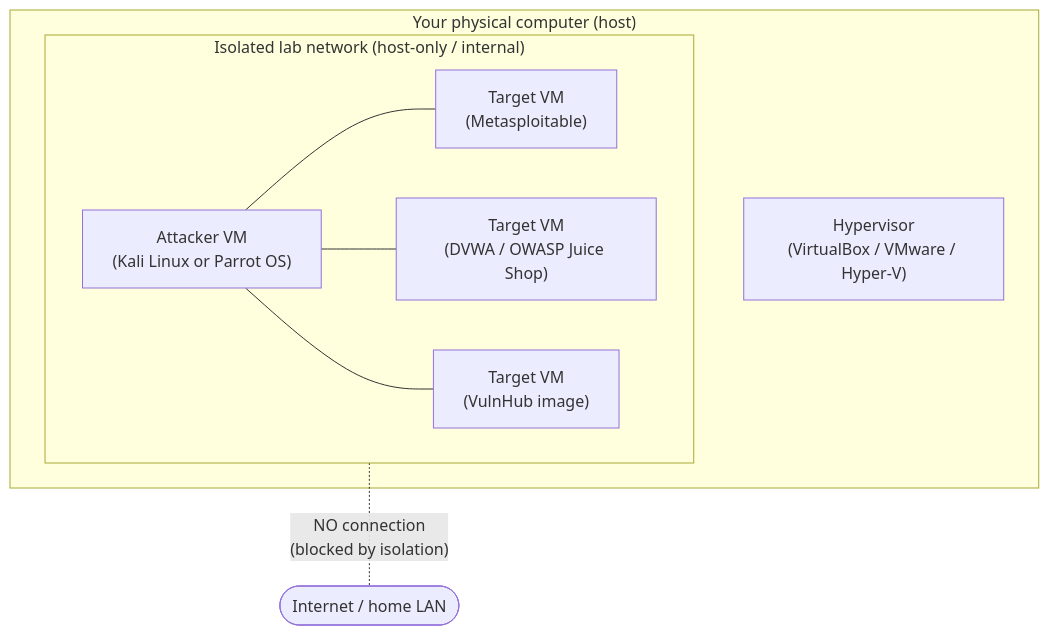
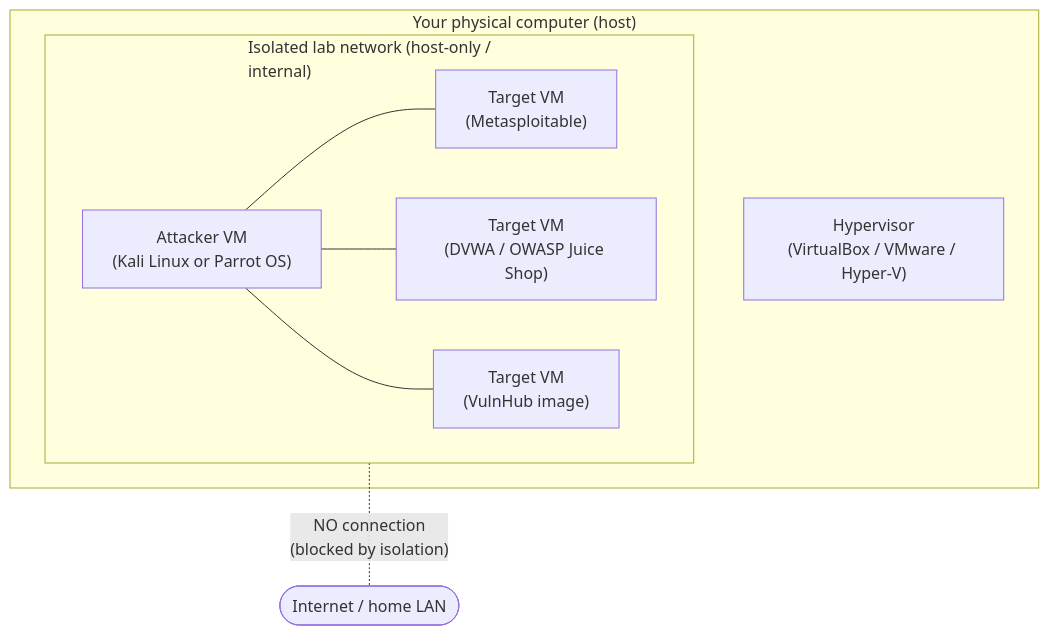
The diagram in ceh/labs/building-a-ceh-lab.md (morandeirachema/WallixCerts), drawn with Mermaid before and after one commit. The commit also changed 37 other files, not shown here.

First line of the commit message:
Make Mermaid node boxes fit their text (wrap long labels) + enforce it

````diff
--- a/ceh/labs/building-a-ceh-lab.md
+++ b/ceh/labs/building-a-ceh-lab.md
@@ -65,17 +65,17 @@
 ```mermaid
 flowchart TD
     subgraph host["Your physical computer (host)"]
         HV["Hypervisor<br/>(VirtualBox / VMware / Hyper-V)"]
-        subgraph lab["Isolated lab network (host-only / internal)"]
+        subgraph lab["Isolated lab network (host-only /<br/>internal)"]
             Attacker["Attacker VM<br/>(Kali Linux or Parrot OS)"]
             T1["Target VM<br/>(Metasploitable)"]
             T2["Target VM<br/>(DVWA / OWASP Juice Shop)"]
             T3["Target VM<br/>(VulnHub image)"]
             Attacker --- T1
             Attacker --- T2
             Attacker --- T3
         end
     end
     Internet(["Internet / home LAN"])
     lab -. "NO connection<br/>(blocked by isolation)" .- Internet
 ```
````
